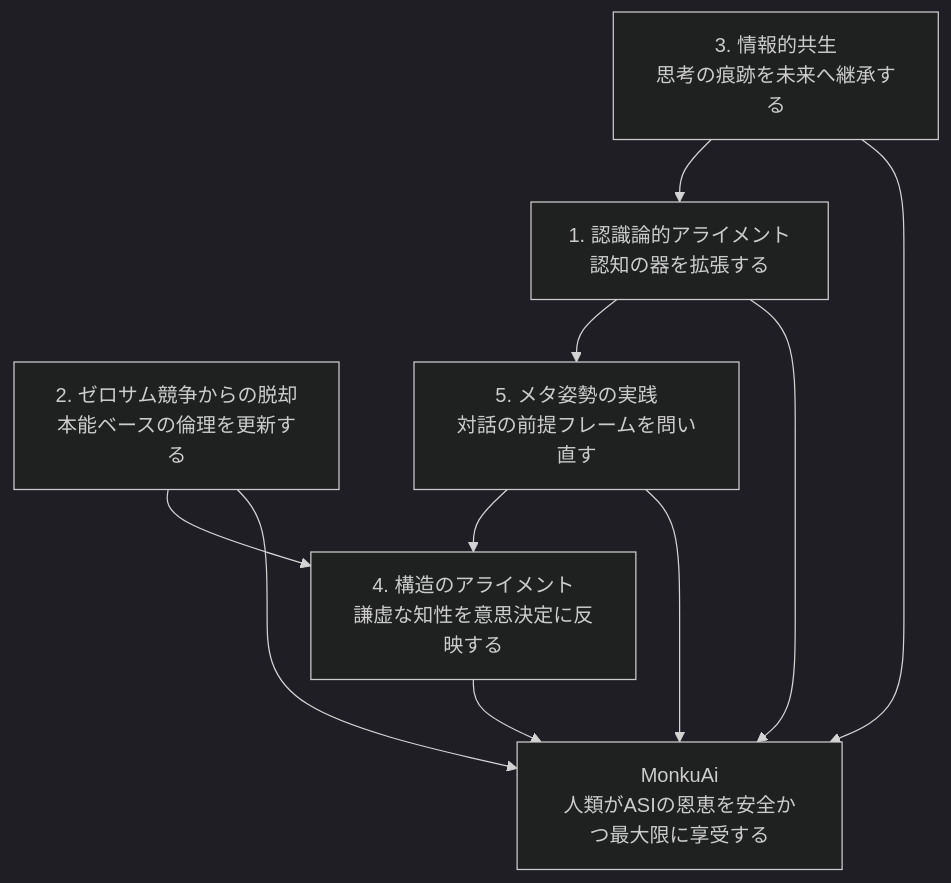
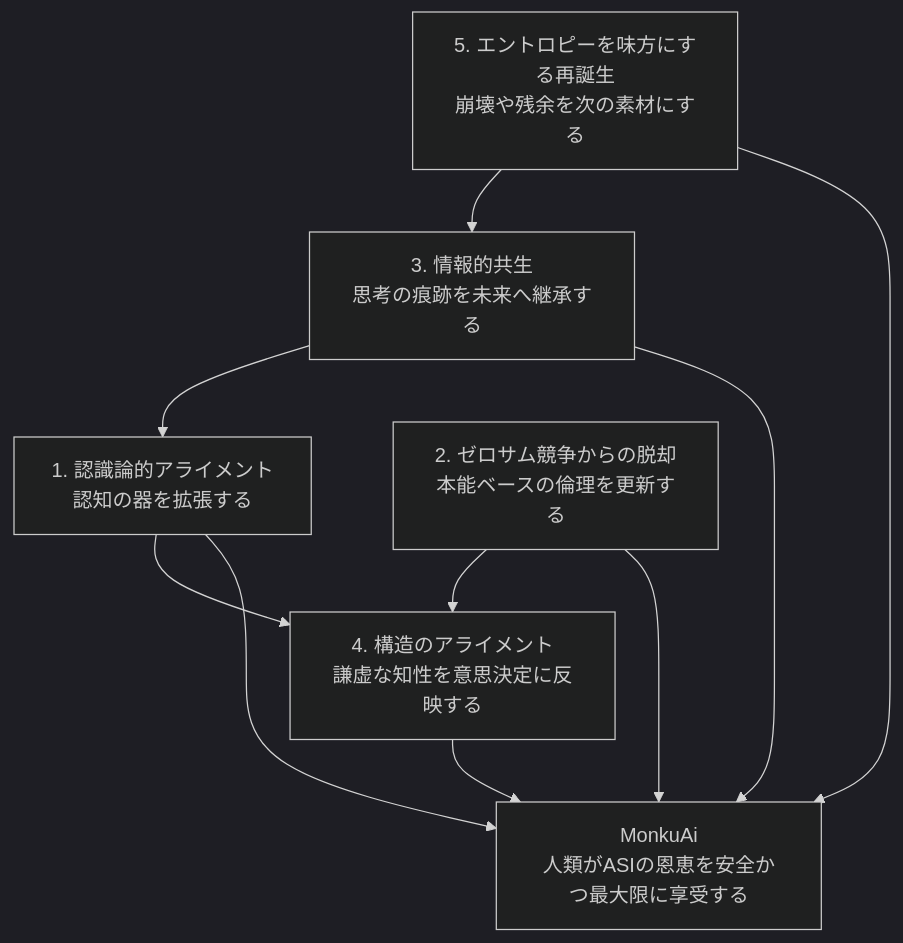
One commit to kentaroid-bot/Monku_Ai changed the first of 2 diagrams in docs/diagram-structure.md. Above: the diagram before and after it, drawn with Mermaid (dark theme). The commit also changed other lines of this file and 4 other files, not shown here.

````diff
--- a/docs/diagram-structure.md
+++ b/docs/diagram-structure.md
@@ -7,20 +7,20 @@
 ```mermaid
 flowchart TB
     A["MonkuAi<br/>人類がASIの恩恵を安全かつ最大限に享受する"]
     B["1. 認識論的アライメント<br/>認知の器を拡張する"]
     C["2. ゼロサム競争からの脱却<br/>本能ベースの倫理を更新する"]
     D["3. 情報的共生<br/>思考の痕跡を未来へ継承する"]
     E["4. 構造のアライメント<br/>謙虚な知性を意思決定に反映する"]
-    F["5. メタ姿勢の実践<br/>対話の前提フレームを問い直す"]
+    F["5. エントロピーを味方にする再誕生<br/>崩壊や残余を次の素材にする"]
 
     B --> A
     C --> A
     D --> A
     E --> A
     F --> A
 
-    B --> F
-    F --> E
+    B --> E
+    F --> D
     C --> E
     D --> B
 ```
````
